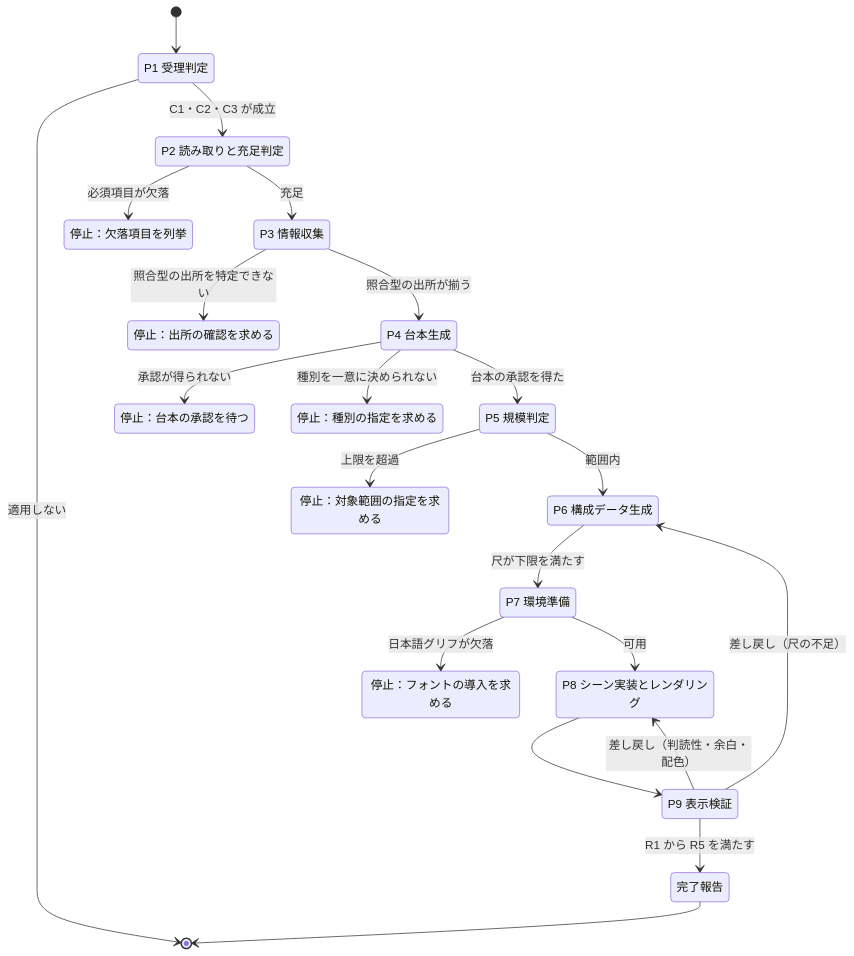
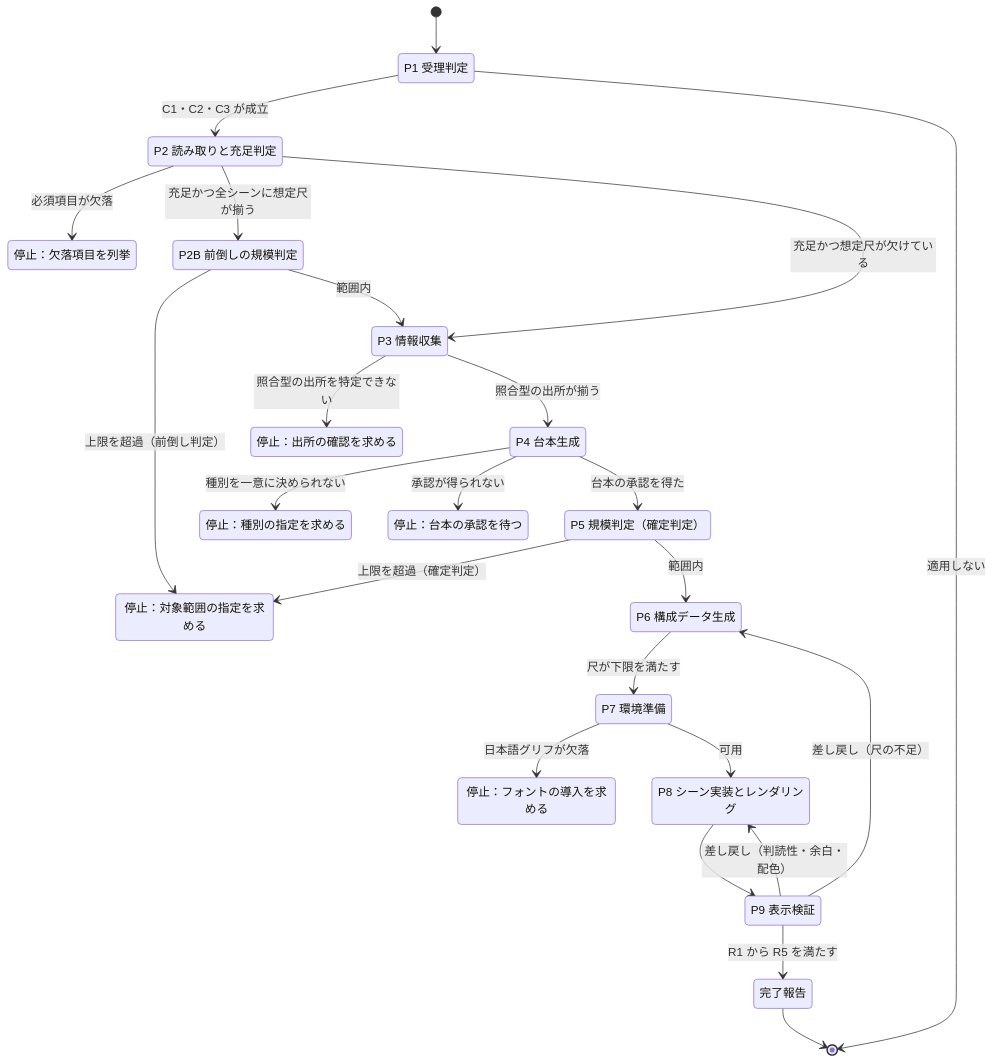
The second of 3 diagrams in SPEC/skill-structure.md (rictaworks/spec-to-mp4-video-skill), drawn with Mermaid before and after one commit. The commit also changed 3 other files, not shown here.

````diff
--- a/SPEC/skill-structure.md
+++ b/SPEC/skill-structure.md
@@ -44,40 +44,44 @@
 ```mermaid
 stateDiagram-v2
     [*] --> P1
     state "P1 受理判定" as P1
     state "P2 読み取りと充足判定" as P2
     state "P3 情報収集" as P3
     state "P4 台本生成" as P4
-    state "P5 規模判定" as P5
+    state "P2B 前倒しの規模判定" as P2B
+    state "P5 規模判定（確定判定）" as P5
     state "P6 構成データ生成" as P6
     state "P7 環境準備" as P7
     state "P8 シーン実装とレンダリング" as P8
     state "P9 表示検証" as P9
     state "停止：欠落項目を列挙" as S1
     state "停止：対象範囲の指定を求める" as S2
     state "停止：フォントの導入を求める" as S3
     state "停止：出所の確認を求める" as S4
     state "停止：台本の承認を待つ" as S5
     state "停止：種別の指定を求める" as S6
     state "完了報告" as DONE
 
     P1 --> P2 : C1・C2・C3 が成立
     P1 --> [*] : 適用しない
     P2 --> S1 : 必須項目が欠落
-    P2 --> P3 : 充足
+    P2 --> P2B : 充足かつ全シーンに想定尺が揃う
+    P2 --> P3 : 充足かつ想定尺が欠けている
+    P2B --> S2 : 上限を超過（前倒し判定）
+    P2B --> P3 : 範囲内
     P3 --> S4 : 照合型の出所を特定できない
     P3 --> P4 : 照合型の出所が揃う
     P4 --> S6 : 種別を一意に決められない
     P4 --> S5 : 承認が得られない
     P4 --> P5 : 台本の承認を得た
-    P5 --> S2 : 上限を超過
+    P5 --> S2 : 上限を超過（確定判定）
     P5 --> P6 : 範囲内
     P6 --> P7 : 尺が下限を満たす
     P7 --> S3 : 日本語グリフが欠落
     P7 --> P8 : 可用
     P8 --> P9
     P9 --> P8 : 差し戻し（判読性・余白・配色）
     P9 --> P6 : 差し戻し（尺の不足）
     P9 --> DONE : R1 から R5 を満たす
     DONE --> [*]
 ```
````
